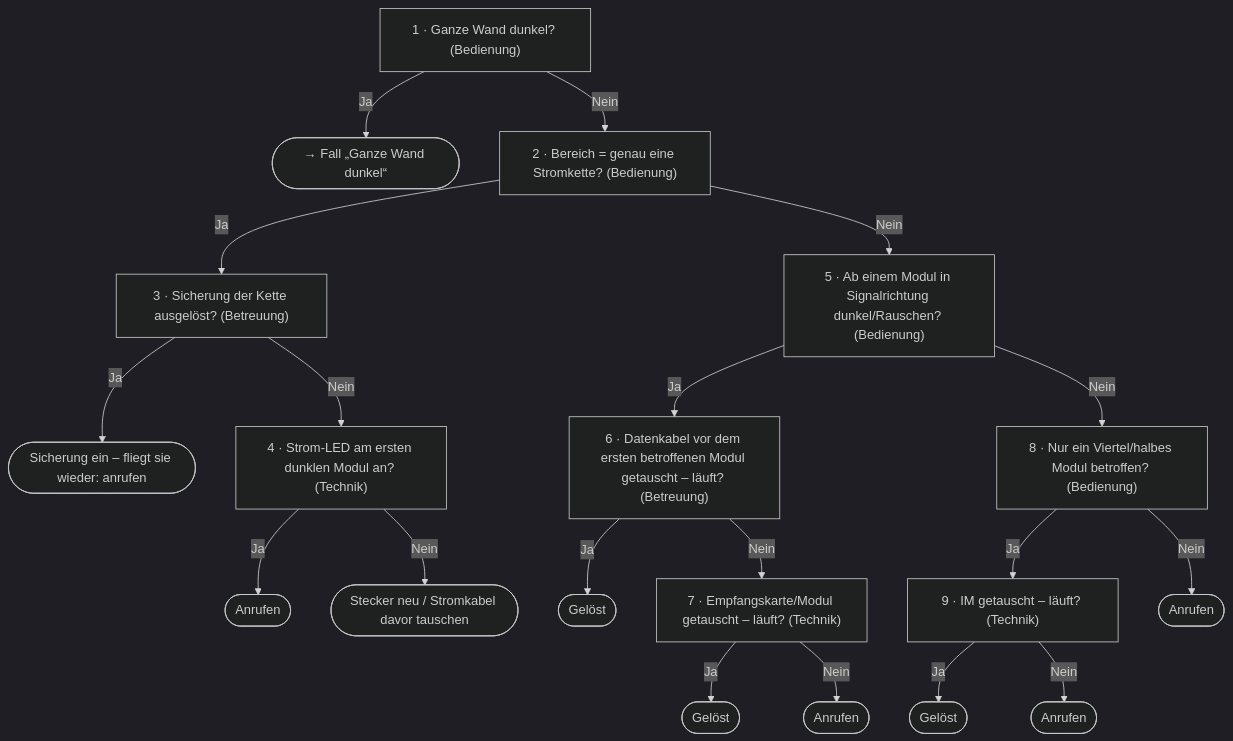
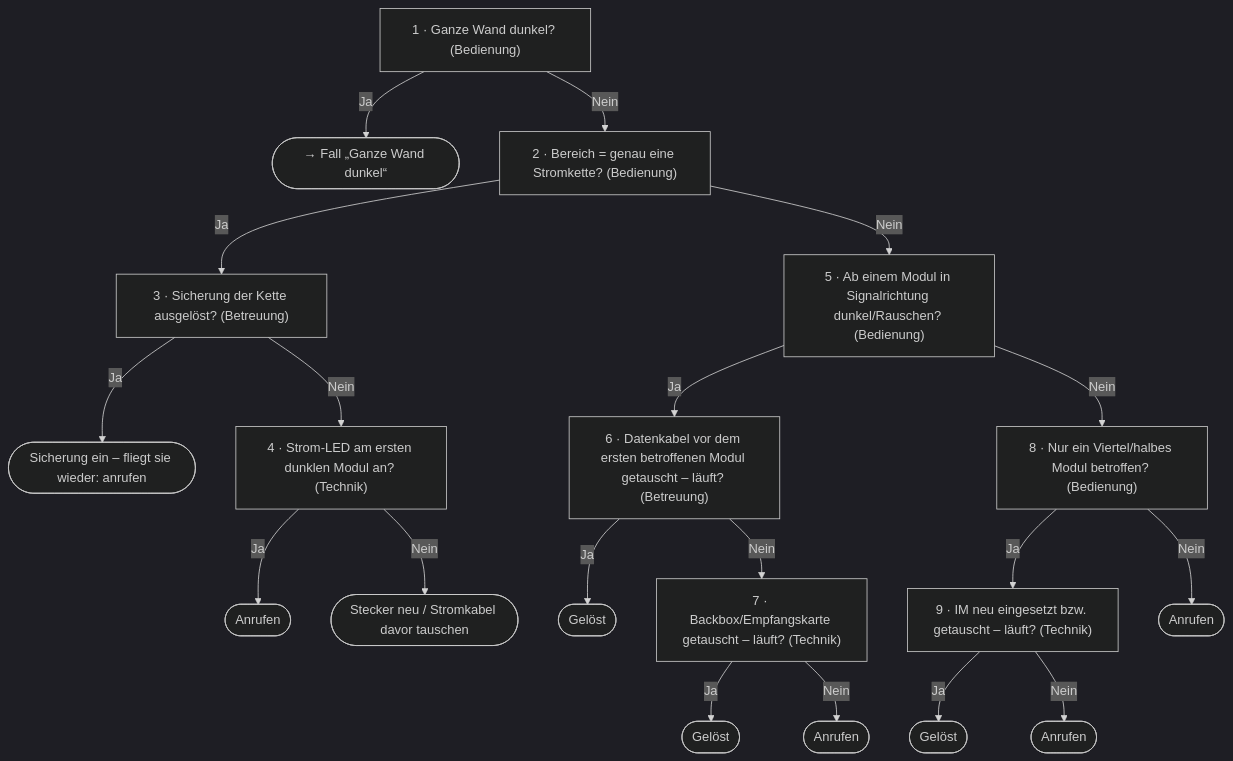
Before and after one commit to Mottul/project_mega: the third of 3 diagrams in docs/PLAN-MINI-MANUAL.md, drawn with Mermaid (dark theme). The commit also changed other lines of this file, not shown here.

````diff
--- a/docs/PLAN-MINI-MANUAL.md
+++ b/docs/PLAN-MINI-MANUAL.md
@@ -339,21 +435,21 @@
 ```mermaid
 flowchart TD
   S1["1 · Ganze Wand dunkel? (Bedienung)"] -->|Ja| F1(["→ Fall „Ganze Wand dunkel“"])
   S1 -->|Nein| S2["2 · Bereich = genau eine Stromkette? (Bedienung)"]
   S2 -->|Ja| S3["3 · Sicherung der Kette ausgelöst? (Betreuung)"]
   S2 -->|Nein| S5["5 · Ab einem Modul in Signalrichtung dunkel/Rauschen? (Bedienung)"]
   S3 -->|Ja| L3(["Sicherung ein – fliegt sie wieder: anrufen"])
   S3 -->|Nein| S4["4 · Strom-LED am ersten dunklen Modul an? (Technik)"]
   S4 -->|Ja| C4(["Anrufen"])
   S4 -->|Nein| L4(["Stecker neu / Stromkabel davor tauschen"])
   S5 -->|Ja| S6["6 · Datenkabel vor dem ersten betroffenen Modul getauscht – läuft? (Betreuung)"]
   S5 -->|Nein| S8["8 · Nur ein Viertel/halbes Modul betroffen? (Bedienung)"]
   S6 -->|Ja| G6(["Gelöst"])
-  S6 -->|Nein| S7["7 · Empfangskarte/Modul getauscht – läuft? (Technik)"]
+  S6 -->|Nein| S7["7 · Backbox/Empfangskarte getauscht – läuft? (Technik)"]
   S7 -->|Ja| G7(["Gelöst"])
   S7 -->|Nein| C7(["Anrufen"])
-  S8 -->|Ja| S9["9 · IM getauscht – läuft? (Technik)"]
+  S8 -->|Ja| S9["9 · IM neu eingesetzt bzw. getauscht – läuft? (Technik)"]
   S8 -->|Nein| C8(["Anrufen"])
   S9 -->|Ja| G9(["Gelöst"])
   S9 -->|Nein| C9(["Anrufen"])
 ```
````
